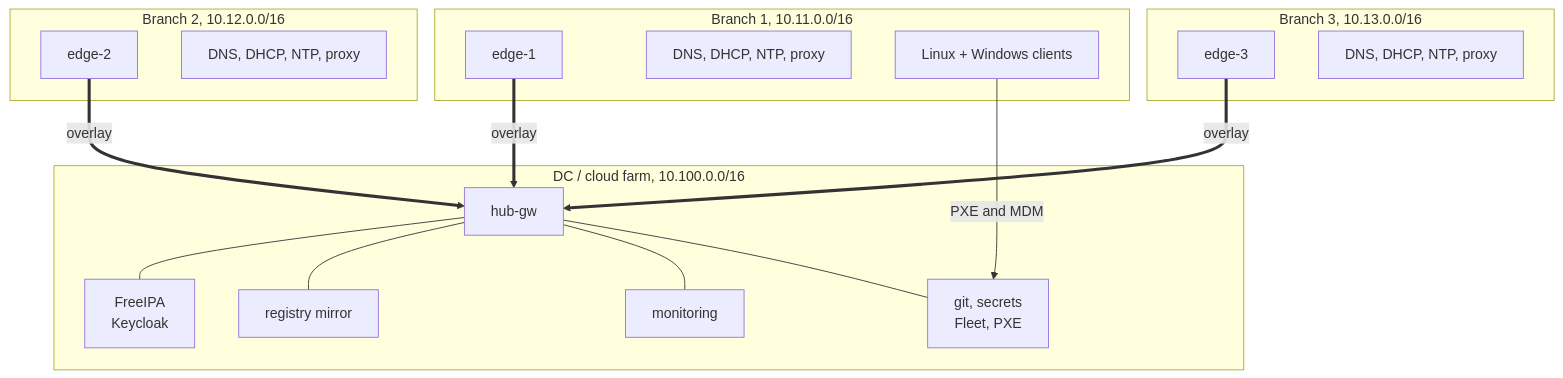
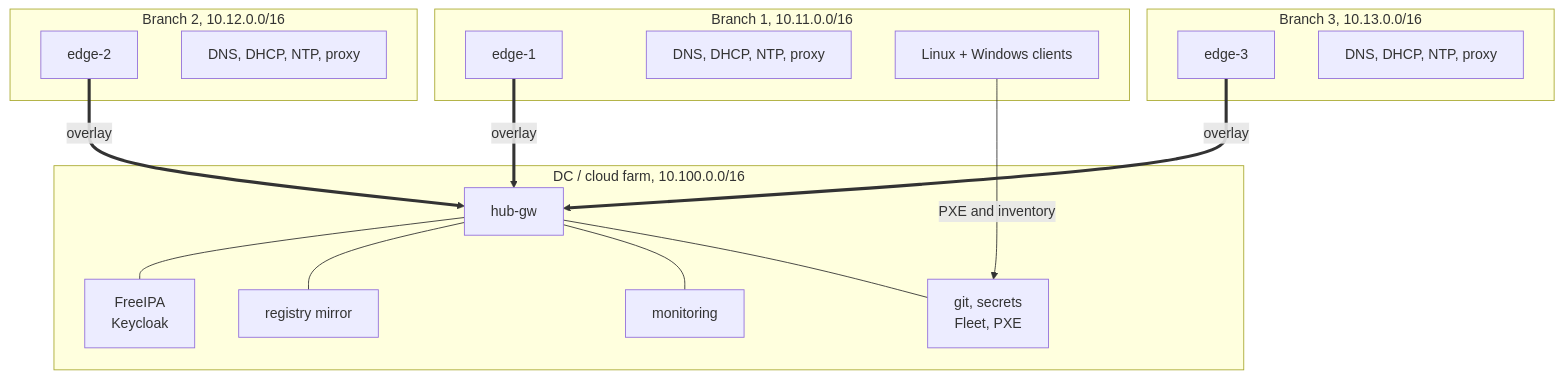
One commit to ultus-net/ultus-corp changed the diagram in docs/superpowers/specs/2026-11-26-ultus-corp-design.md. Above: the diagram before and after it, drawn with Mermaid. The commit also changed other lines of this file and 1 other file, not shown here.

Commit message:
docs: drop workstation MDM and treat a redeploy as a new VM

````diff
--- a/docs/superpowers/specs/2026-11-26-ultus-corp-design.md
+++ b/docs/superpowers/specs/2026-11-26-ultus-corp-design.md
@@ -347,31 +352,31 @@
 ```mermaid
 flowchart TB
   subgraph dc["DC / cloud farm, 10.100.0.0/16"]
     HUB[hub-gw]
     ID["FreeIPA<br/>Keycloak"]
     REG[registry mirror]
     MON[monitoring]
     AUX["git, secrets<br/>Fleet, PXE"]
   end
   subgraph b1["Branch 1, 10.11.0.0/16"]
     E1[edge-1]
     L1["DNS, DHCP, NTP, proxy"]
     C1["Linux + Windows clients"]
   end
   subgraph b2["Branch 2, 10.12.0.0/16"]
     E2[edge-2]
     L2["DNS, DHCP, NTP, proxy"]
   end
   subgraph b3["Branch 3, 10.13.0.0/16"]
     E3[edge-3]
     L3["DNS, DHCP, NTP, proxy"]
   end
   E1 == overlay ==> HUB
   E2 == overlay ==> HUB
   E3 == overlay ==> HUB
   HUB --- ID
   HUB --- REG
   HUB --- MON
   HUB --- AUX
-  C1 -->|PXE and MDM| AUX
+  C1 -->|PXE and inventory| AUX
 ```
````
